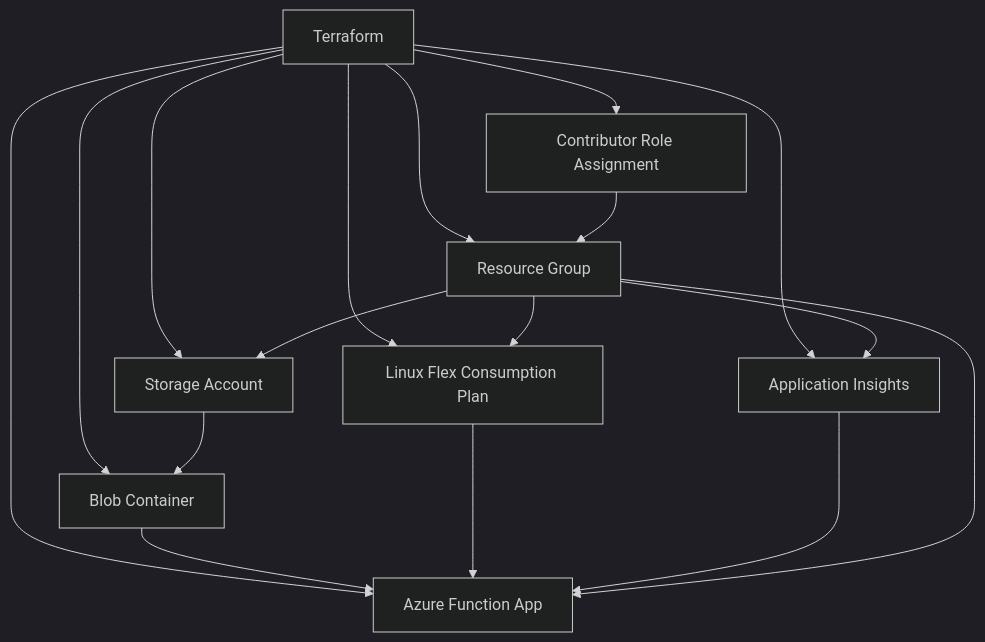
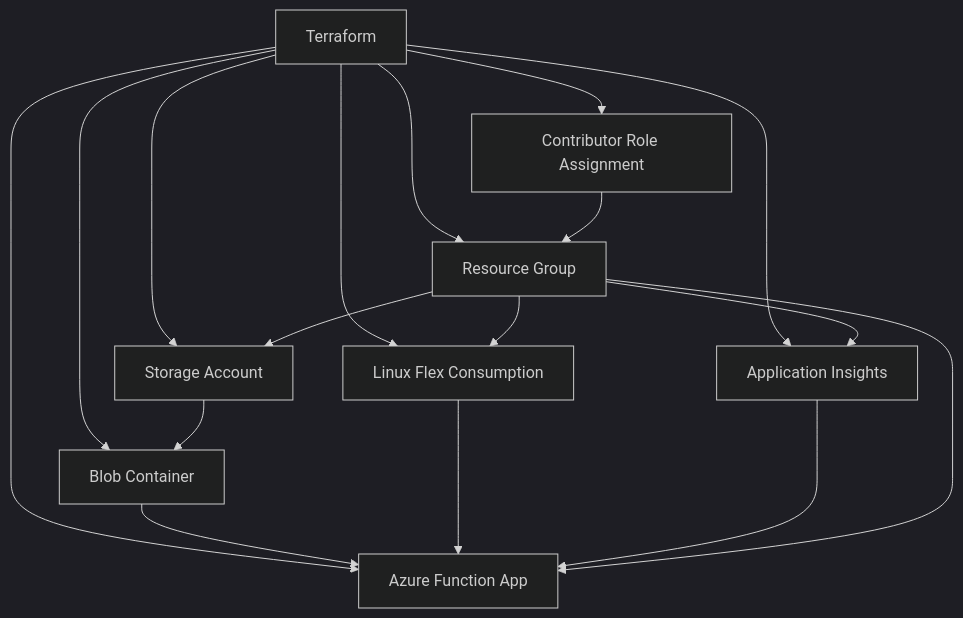
One commit to considerable/csharp-python-poc changed the fourth of 6 diagrams in README.md. Above: the diagram before and after it, drawn with Mermaid (dark theme). The commit also changed other lines of this file and 1 other file, not shown here.

````diff
--- a/README.md
+++ b/README.md
@@ -131,22 +129,22 @@
 ```mermaid
 flowchart TB
     TF["Terraform"]
 
     TF --> RG["Resource Group"]
     TF --> SA["Storage Account"]
     TF --> SC["Blob Container"]
-    TF --> PLAN["Linux Flex Consumption Plan"]
+    TF --> PLAN["Linux Flex Consumption"]
     TF --> FUNC["Azure Function App"]
     TF --> AI["Application Insights"]
     TF --> RBAC["Contributor Role Assignment"]
 
     SA --> SC
     SC --> FUNC
     PLAN --> FUNC
     AI --> FUNC
     RG --> SA
     RG --> PLAN
     RG --> FUNC
     RG --> AI
     RBAC --> RG
 ```
````
